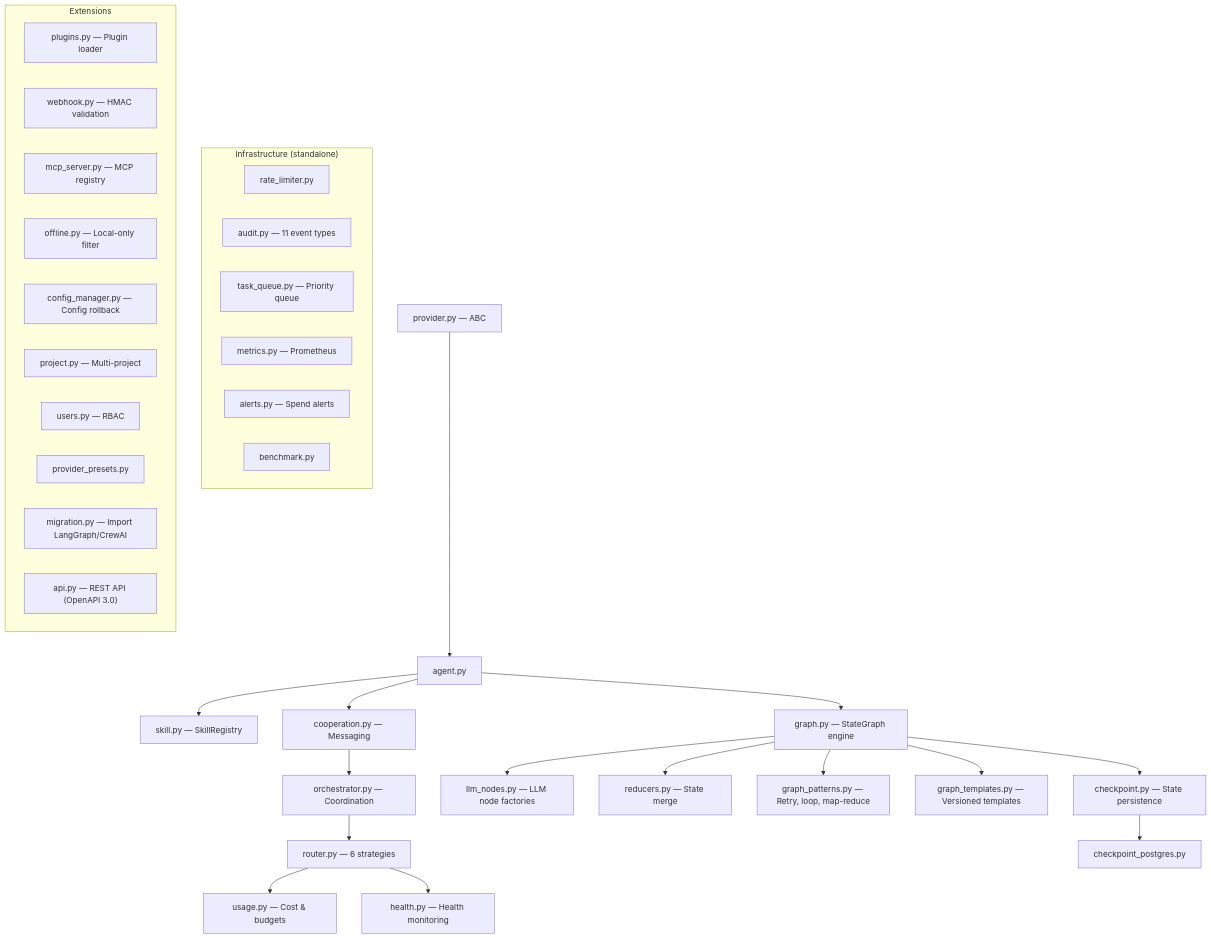
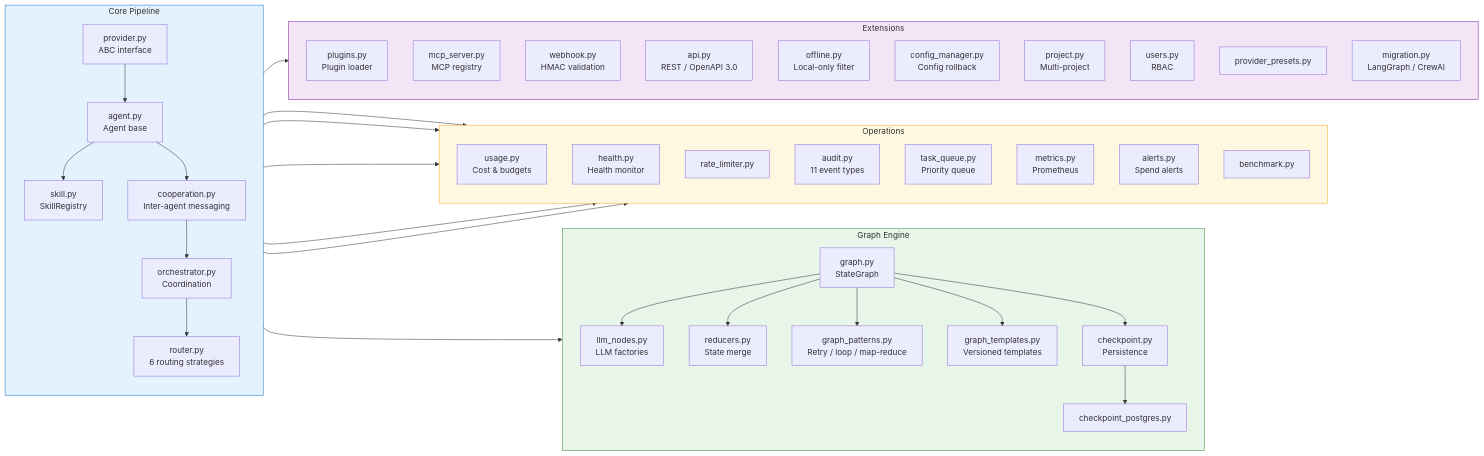
One commit to pjcau/agent-orchestrator changed the second of 6 diagrams in docs/website/docs/architecture/components.md. Above: the diagram before and after it, drawn with Mermaid. The commit also changed other lines of this file, not shown here.

First line of the commit message:
docs: improve component interaction diagrams for clarity and completeness

````diff
--- a/docs/website/docs/architecture/components.md
+++ b/docs/website/docs/architecture/components.md
@@ -57,39 +92,61 @@
 ```mermaid
-graph TD
-    P["provider.py — ABC"] --> A["agent.py"]
-    A --> SK["skill.py — SkillRegistry"]
-    A --> CO["cooperation.py — Messaging"]
-    CO --> OR["orchestrator.py — Coordination"]
-    OR --> RO["router.py — 6 strategies"]
-    RO --> US["usage.py — Cost & budgets"]
-    RO --> HE["health.py — Health monitoring"]
-    A --> G["graph.py — StateGraph engine"]
-    G --> LN["llm_nodes.py — LLM node factories"]
-    G --> RE["reducers.py — State merge"]
-    G --> GP["graph_patterns.py — Retry, loop, map-reduce"]
-    G --> GT["graph_templates.py — Versioned templates"]
-    G --> CP["checkpoint.py — State persistence"]
-    CP --> PG["checkpoint_postgres.py"]
+graph LR
+    subgraph Core["Core Pipeline"]
+        direction TB
+        P["provider.py<br/>ABC interface"] --> A["agent.py<br/>Agent base"]
+        A --> SK["skill.py<br/>SkillRegistry"]
+        A --> CO["cooperation.py<br/>Inter-agent messaging"]
+        CO --> OR["orchestrator.py<br/>Coordination"]
+        OR --> RO["router.py<br/>6 routing strategies"]
+    end
 
-    subgraph Infra["Infrastructure (standalone)"]
+    subgraph Graph["Graph Engine"]
+        direction TB
+        G["graph.py<br/>StateGraph"]
+        G --> LN["llm_nodes.py<br/>LLM factories"]
+        G --> RE["reducers.py<br/>State merge"]
+        G --> GP["graph_patterns.py<br/>Retry / loop / map-reduce"]
+        G --> GT["graph_templates.py<br/>Versioned templates"]
+        G --> CP["checkpoint.py<br/>Persistence"]
+        CP --> PG["checkpoint_postgres.py"]
+    end
+
+    subgraph Ops["Operations"]
+        direction TB
+        RO --> US["usage.py<br/>Cost & budgets"]
+        RO --> HE["health.py<br/>Health monitor"]
         RL["rate_limiter.py"]
-        AU["audit.py — 11 event types"]
-        TQ["task_queue.py — Priority queue"]
-        ME["metrics.py — Prometheus"]
-        AL["alerts.py — Spend alerts"]
+        AU["audit.py<br/>11 event types"]
+        TQ["task_queue.py<br/>Priority queue"]
+        ME["metrics.py<br/>Prometheus"]
+        AL["alerts.py<br/>Spend alerts"]
         BM["benchmark.py"]
     end
 
     subgraph Ext["Extensions"]
-        PL["plugins.py — Plugin loader"]
-        WH["webhook.py — HMAC validation"]
-        MC["mcp_server.py — MCP registry"]
-        OF["offline.py — Local-only filter"]
-        CM["config_manager.py — Config rollback"]
-        PR["project.py — Multi-project"]
-        UR["users.py — RBAC"]
+        direction TB
+        PL["plugins.py<br/>Plugin loader"]
+        MC["mcp_server.py<br/>MCP registry"]
+        WH["webhook.py<br/>HMAC validation"]
+        AP["api.py<br/>REST / OpenAPI 3.0"]
+        OF["offline.py<br/>Local-only filter"]
+        CM["config_manager.py<br/>Config rollback"]
+        PR["project.py<br/>Multi-project"]
+        UR["users.py<br/>RBAC"]
         PP["provider_presets.py"]
-        MI["migration.py — Import LangGraph/CrewAI"]
-        AP["api.py — REST API (OpenAPI 3.0)"]
+        MI["migration.py<br/>LangGraph / CrewAI"]
     end
+
+    %% Cross-subgraph connections
+    A --> G
+    OR --> ME
+    OR --> AU
+    OR --> RL
+    A --> Ext
+
+    %% Styles
+    style Core fill:#e3f2fd,stroke:#1976d2
+    style Graph fill:#e8f5e9,stroke:#388e3c
+    style Ops fill:#fff8e1,stroke:#f9a825
+    style Ext fill:#f3e5f5,stroke:#7b1fa2
 ```
````
